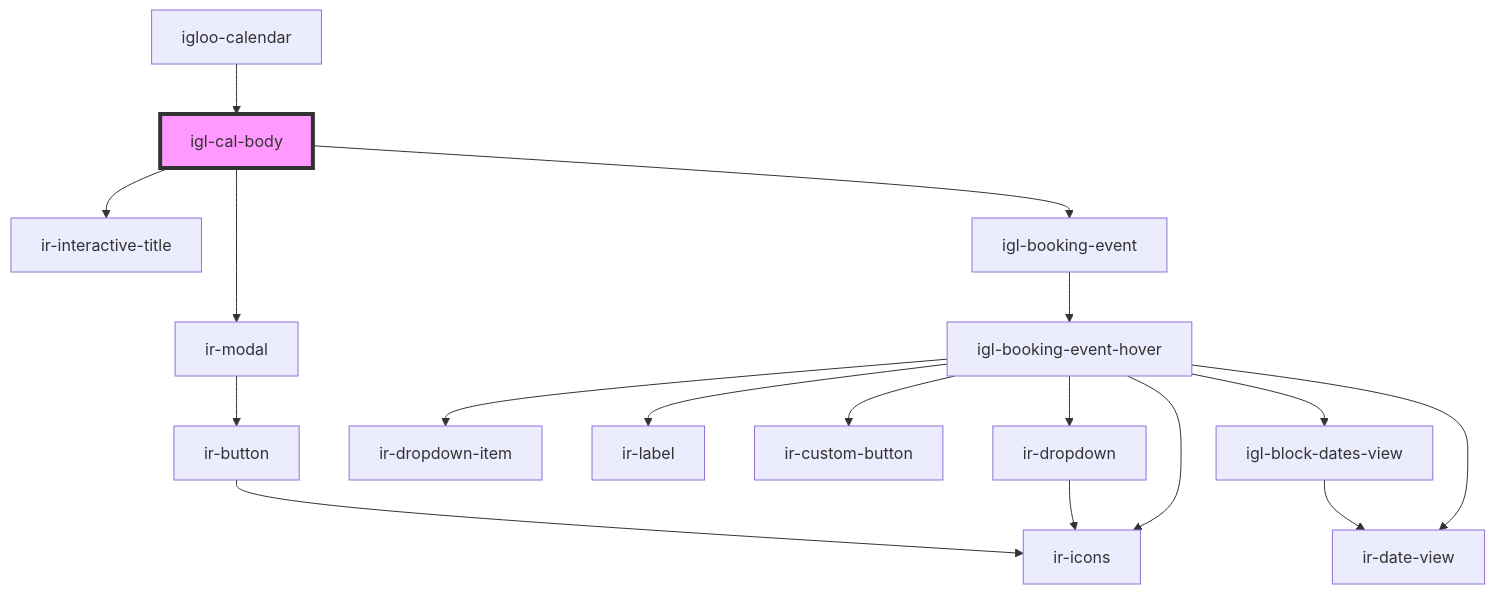
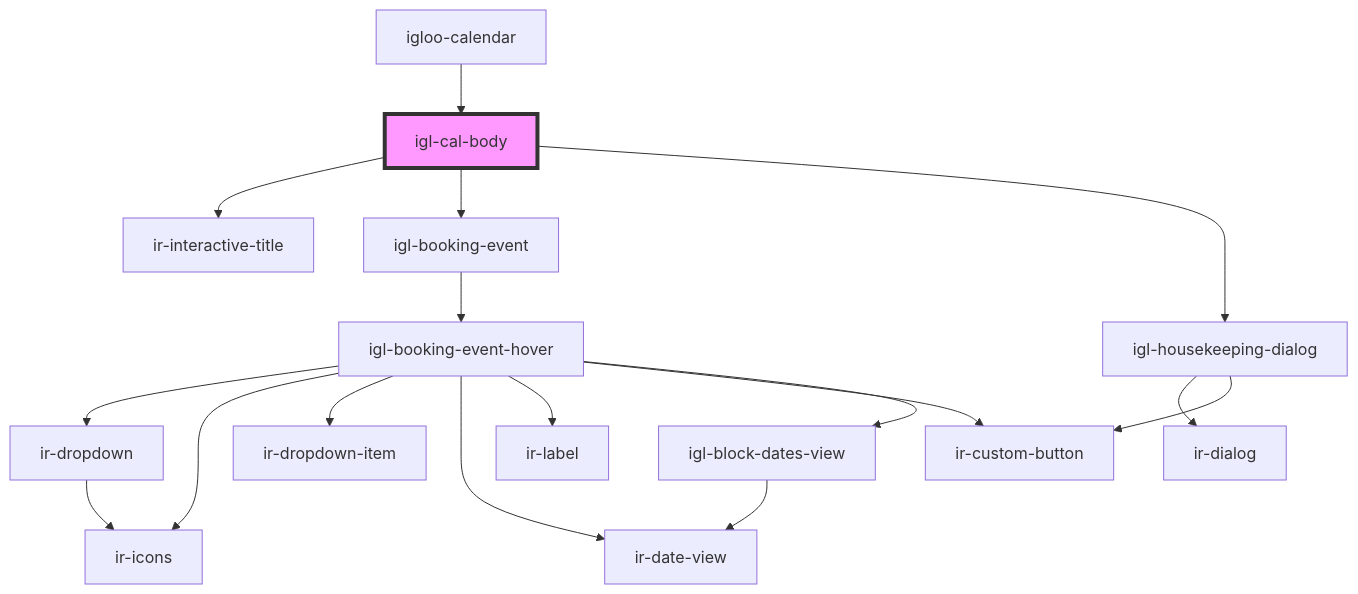
One commit to RonyRizk/ir-webcmp changed the diagram in src/components/igloo-calendar/igl-cal-body/readme.md. Above: the diagram before and after it, drawn with Mermaid. The commit also changed other lines of this file and 235 other files, not shown here.

````diff
--- a/src/components/igloo-calendar/igl-cal-body/readme.md
+++ b/src/components/igloo-calendar/igl-cal-body/readme.md
@@ -44,20 +44,20 @@
 ```mermaid
 graph TD;
   igl-cal-body --> ir-interactive-title
   igl-cal-body --> igl-booking-event
-  igl-cal-body --> ir-modal
+  igl-cal-body --> igl-housekeeping-dialog
   igl-booking-event --> igl-booking-event-hover
   igl-booking-event-hover --> ir-dropdown
   igl-booking-event-hover --> ir-icons
   igl-booking-event-hover --> ir-dropdown-item
   igl-booking-event-hover --> ir-date-view
   igl-booking-event-hover --> ir-label
   igl-booking-event-hover --> ir-custom-button
   igl-booking-event-hover --> igl-block-dates-view
   ir-dropdown --> ir-icons
   igl-block-dates-view --> ir-date-view
-  ir-modal --> ir-button
-  ir-button --> ir-icons
+  igl-housekeeping-dialog --> ir-dialog
+  igl-housekeeping-dialog --> ir-custom-button
   igloo-calendar --> igl-cal-body
   style igl-cal-body fill:#f9f,stroke:#333,stroke-width:4px
 ```
````
